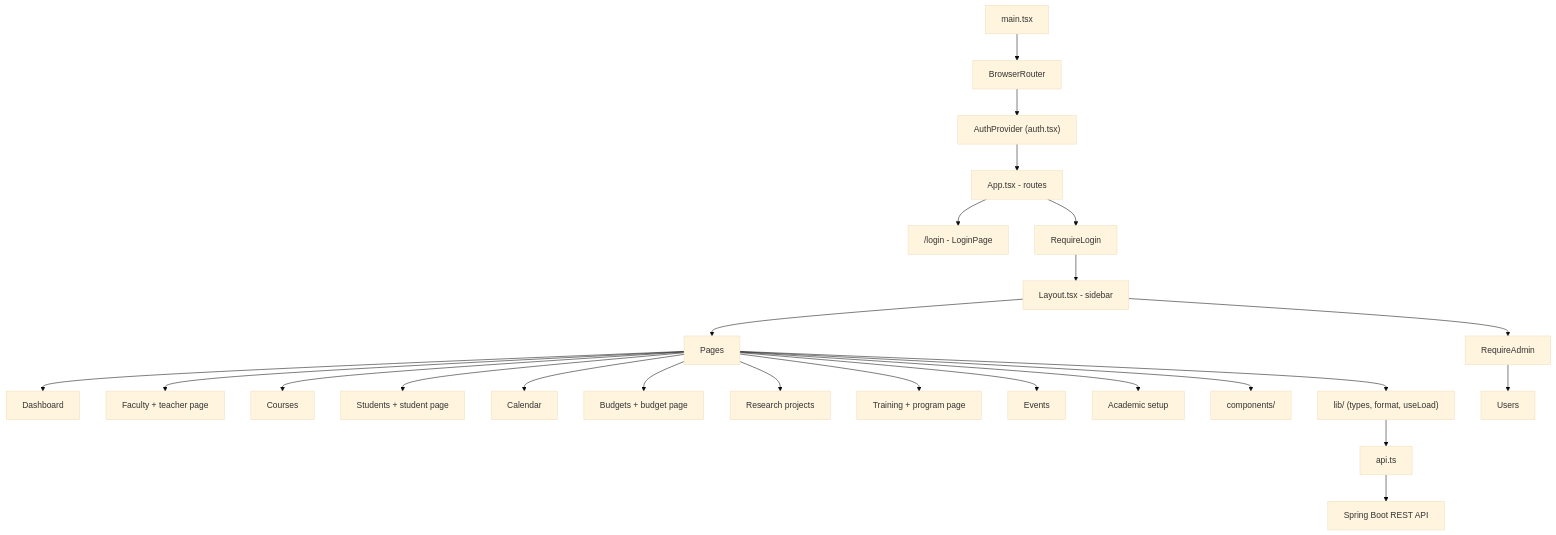
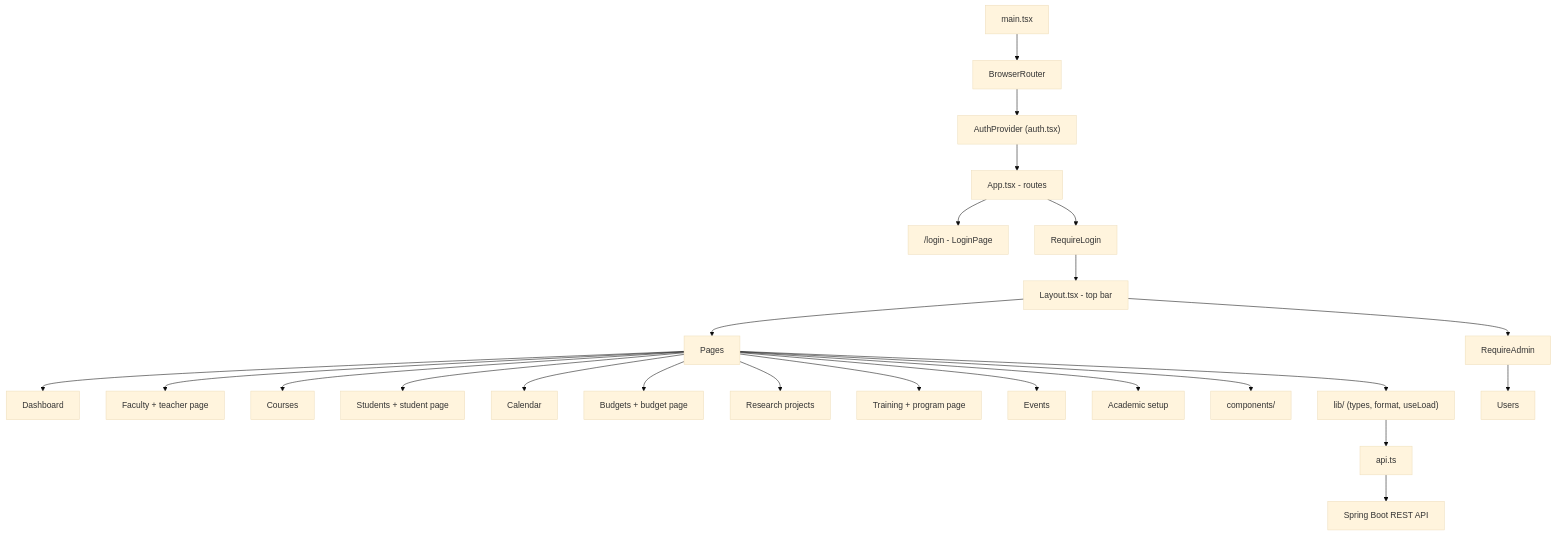
One commit to Git-punit/campus-erp changed the second of 7 diagrams in README.md. Above: the diagram before and after it, drawn with Mermaid (base theme). The commit also changed other lines of this file and 9 other files, not shown here.

Commit message:
Changing Side bar to Top Bar

````diff
--- a/README.md
+++ b/README.md
@@ -386,28 +388,28 @@
 ```mermaid
 flowchart TD
     MAIN["main.tsx"] --> ROUTER["BrowserRouter"]
     ROUTER --> AUTH["AuthProvider (auth.tsx)"]
     AUTH --> APP["App.tsx - routes"]
 
     APP --> LOGIN["/login - LoginPage"]
     APP --> REQ["RequireLogin"]
-    REQ --> LAYOUT["Layout.tsx - sidebar"]
+    REQ --> LAYOUT["Layout.tsx - top bar"]
 
     LAYOUT --> PAGES["Pages"]
     PAGES --> DASH["Dashboard"]
     PAGES --> FAC["Faculty + teacher page"]
     PAGES --> CRS["Courses"]
     PAGES --> STU["Students + student page"]
     PAGES --> CAL["Calendar"]
     PAGES --> BUD["Budgets + budget page"]
     PAGES --> PRJ["Research projects"]
     PAGES --> TRN["Training + program page"]
     PAGES --> EVT["Events"]
     PAGES --> SET["Academic setup"]
     LAYOUT --> ADMIN["RequireAdmin"] --> USERS["Users"]
 
     PAGES --> COMPONENTS["components/"]
     PAGES --> LIB["lib/ (types, format, useLoad)"]
     LIB --> API["api.ts"]
     API --> SERVER["Spring Boot REST API"]
 ```
````
